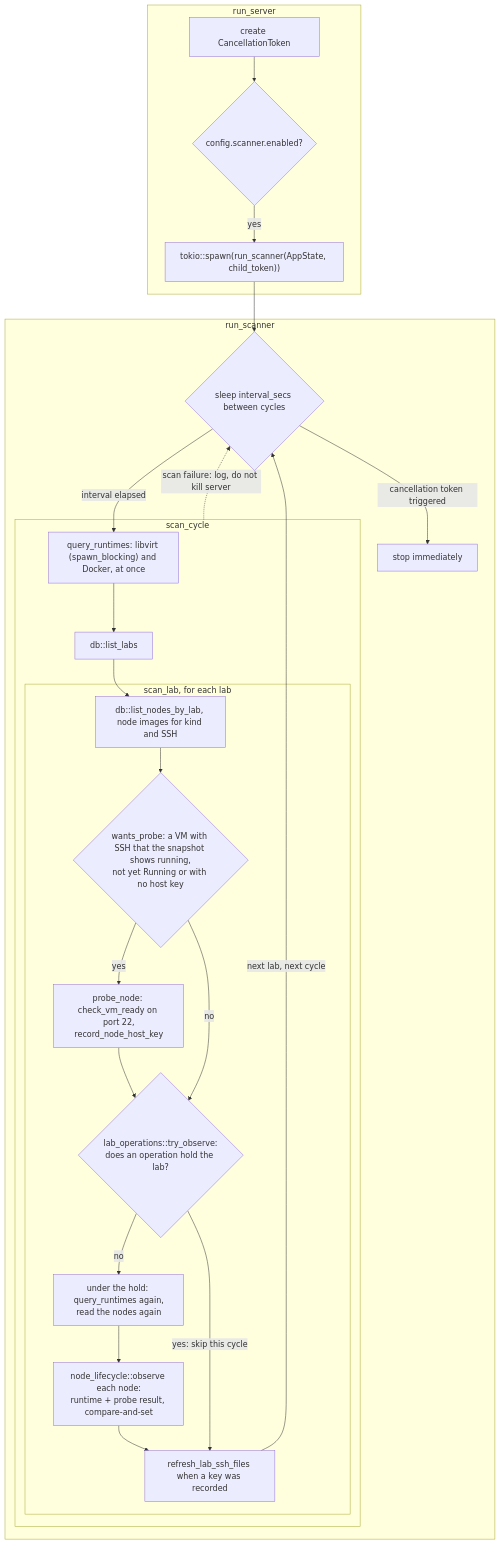
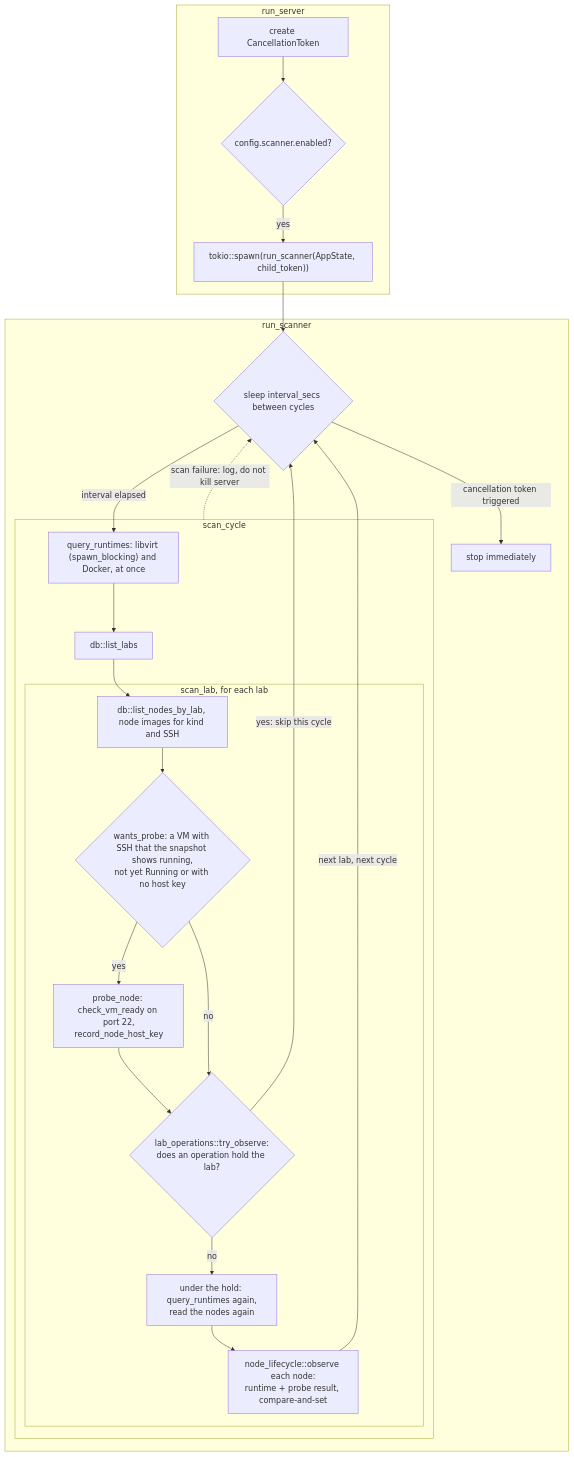
One commit to bwks/sherpa changed diagram 19 of 26 in docs/architecture/SERVER.md. Above: the diagram before and after it, drawn with Mermaid. The commit also changed other lines of this file and 52 other files, not shown here.

First line of the commit message:
feat(server): build lab-info.toml and the SSH files from the database

````diff
--- a/docs/architecture/SERVER.md
+++ b/docs/architecture/SERVER.md
@@ -1080,34 +1104,33 @@
 ```mermaid
 flowchart TB
     subgraph runserver["run_server"]
         token["create CancellationToken"] --> enabled{"config.scanner.enabled?"}
         enabled -->|yes| spawn["tokio::spawn(run_scanner(AppState, child_token))"]
     end
     subgraph runscanner["run_scanner"]
         wait{"sleep interval_secs between cycles"}
         stop["stop immediately"]
         subgraph scancycle["scan_cycle"]
             snapshot["query_runtimes: libvirt (spawn_blocking) and Docker, at once"]
             listlabs["db::list_labs"]
             subgraph eachlab["scan_lab, for each lab"]
                 listnodes["db::list_nodes_by_lab, node images for kind and SSH"]
                 wantsprobe{"wants_probe: a VM with SSH that the snapshot shows running,<br/>not yet Running or with no host key"}
                 probe["probe_node: check_vm_ready on port 22,<br/>record_node_host_key"]
                 hold{"lab_operations::try_observe:<br/>does an operation hold the lab?"}
                 fresh["under the hold: query_runtimes again,<br/>read the nodes again"]
                 observe["node_lifecycle::observe each node:<br/>runtime + probe result, compare-and-set"]
-                refresh["refresh_lab_ssh_files when a key was recorded"]
             end
         end
     end
     spawn --> wait
     wait -->|cancellation token triggered| stop
     wait -->|interval elapsed| snapshot
     snapshot --> listlabs --> listnodes --> wantsprobe
     wantsprobe -->|yes| probe --> hold
     wantsprobe -->|no| hold
-    hold -->|no| fresh --> observe --> refresh
-    hold -->|yes: skip this cycle| refresh
-    refresh -->|next lab, next cycle| wait
+    hold -->|no| fresh --> observe
+    hold -->|yes: skip this cycle| wait
+    observe -->|next lab, next cycle| wait
     scancycle -.->|"scan failure: log, do not kill server"| wait
 ```
````
